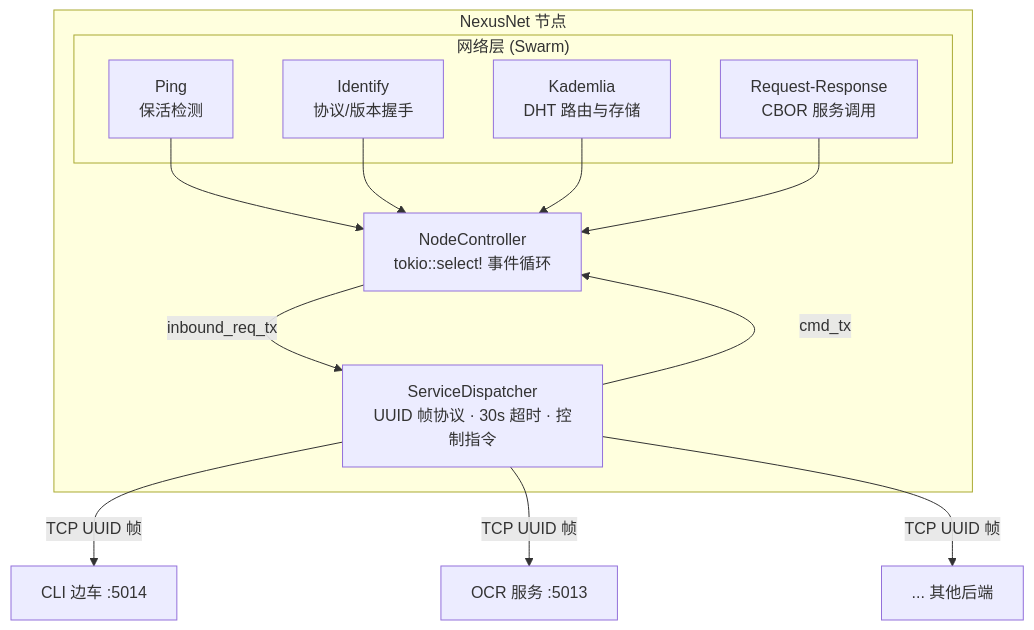
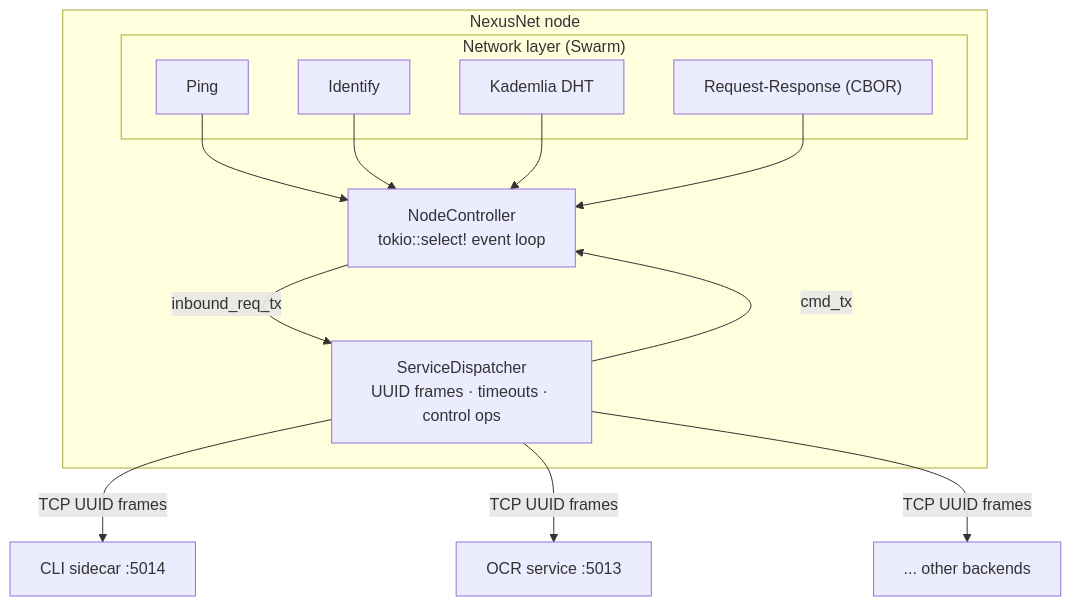
One commit to rplague/NexusNet changed the diagram in README.md. Above: the diagram before and after it, drawn with Mermaid. The commit also changed other lines of this file and 2 other files, not shown here.

Commit message:
docs(readme): split English and Chinese README, add architecture doc

````diff
--- a/README.md
+++ b/README.md
@@ -9,28 +46,27 @@
 ```mermaid
 graph TD
-    subgraph N["NexusNet 节点"]
-        subgraph SW["网络层 (Swarm)"]
-            PING["Ping<br/>保活检测"]
-            ID["Identify<br/>协议/版本握手"]
-            KAD["Kademlia<br/>DHT 路由与存储"]
-            RR["Request-Response<br/>CBOR 服务调用"]
+    subgraph N["NexusNet node"]
+        subgraph SW["Network layer (Swarm)"]
+            PING["Ping"]
+            ID["Identify"]
+            KAD["Kademlia DHT"]
+            RR["Request-Response (CBOR)"]
         end
-
-        NC["NodeController<br/>tokio::select! 事件循环"]
-        SD["ServiceDispatcher<br/>UUID 帧协议 · 30s 超时 · 控制指令"]
+        NC["NodeController<br/>tokio::select! event loop"]
+        SD["ServiceDispatcher<br/>UUID frames · timeouts · control ops"]
     end
 
-    CLI["CLI 边车 :5014"]
-    OCR["OCR 服务 :5013"]
-    MORE["... 其他后端"]
+    CLI["CLI sidecar :5014"]
+    OCR["OCR service :5013"]
+    MORE["... other backends"]
 
     PING --> NC
     ID --> NC
     KAD --> NC
     RR --> NC
     NC -->|inbound_req_tx| SD
     SD -->|cmd_tx| NC
-    SD -->|TCP UUID 帧| CLI
-    SD -->|TCP UUID 帧| OCR
-    SD -->|TCP UUID 帧| MORE
+    SD -->|TCP UUID frames| CLI
+    SD -->|TCP UUID frames| OCR
+    SD -->|TCP UUID frames| MORE
 ```
````
